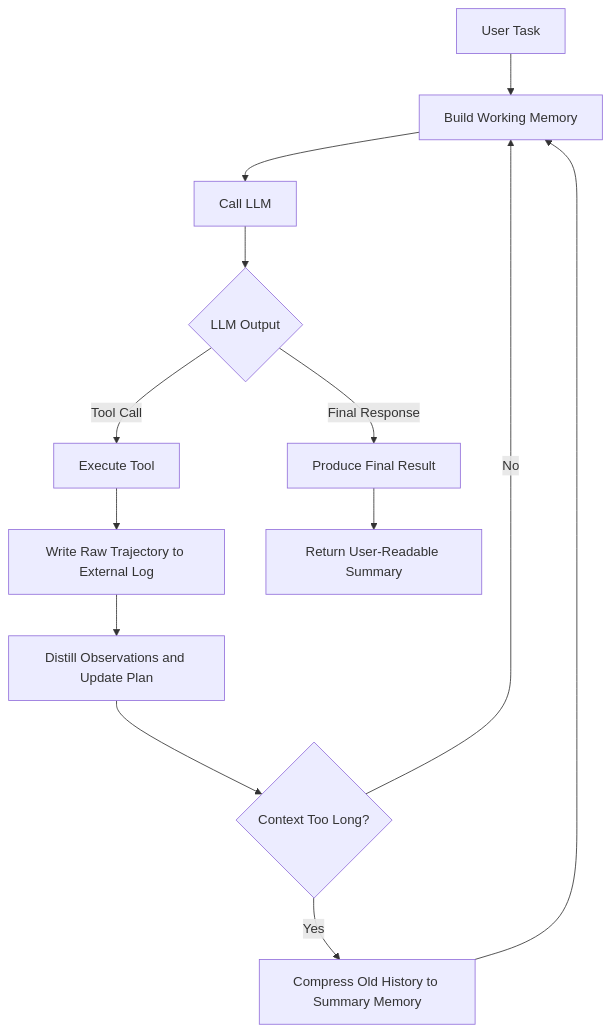
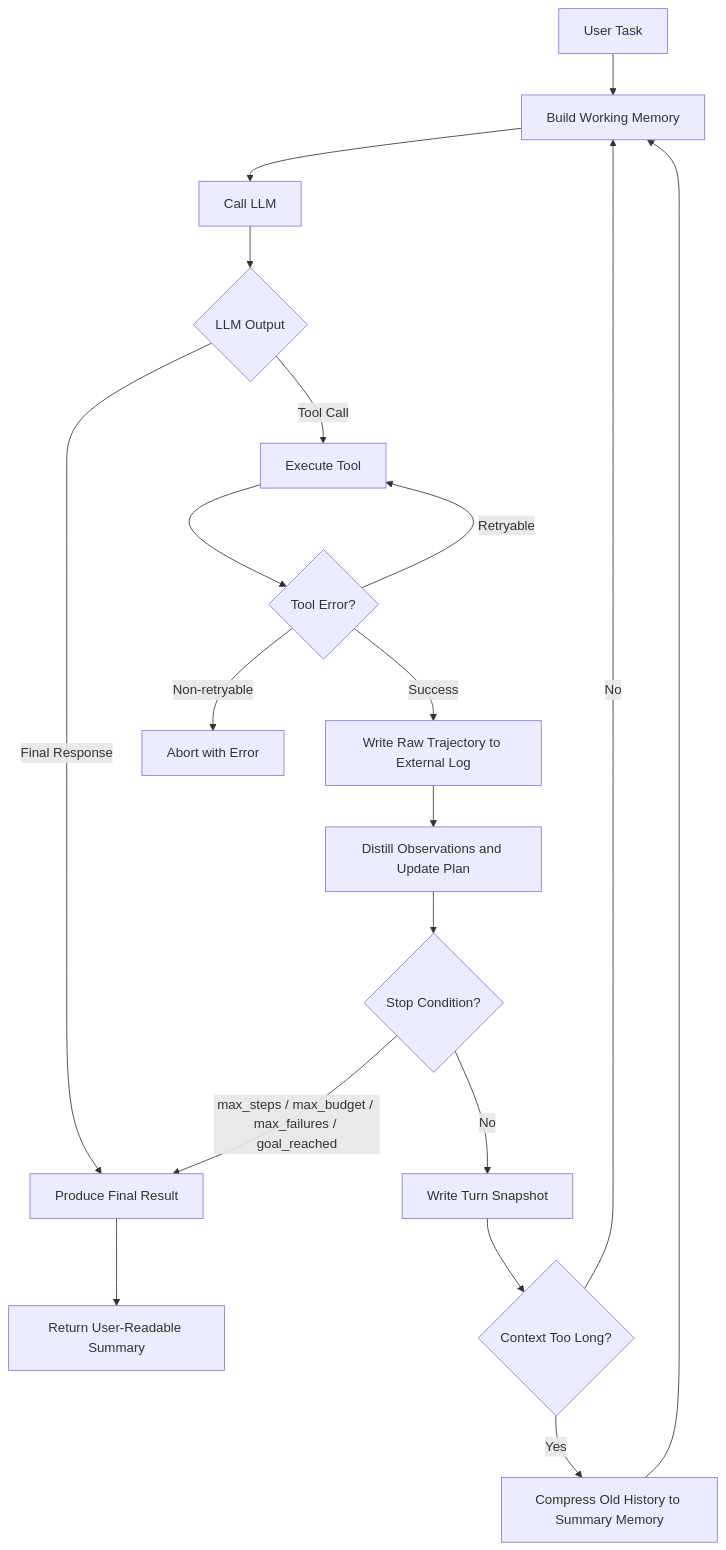
One commit to Jettlin927/harness-for-myself changed the diagram in docs/harness-foundation.md. Above: the diagram before and after it, drawn with Mermaid. The commit also changed other lines of this file and 6 other files, not shown here.

````diff
--- a/docs/harness-foundation.md
+++ b/docs/harness-foundation.md
@@ -21,15 +21,21 @@
 ```mermaid
 flowchart TD
     A[User Task] --> B[Build Working Memory]
     B --> C[Call LLM]
     C --> D{LLM Output}
     D -->|Final Response| E[Produce Final Result]
     D -->|Tool Call| F[Execute Tool]
-    F --> G[Write Raw Trajectory to External Log]
-    G --> H[Distill Observations and Update Plan]
-    H --> I{Context Too Long?}
-    I -->|No| B
-    I -->|Yes| J[Compress Old History to Summary Memory]
-    J --> B
-    E --> K[Return User-Readable Summary]
+    F --> G{Tool Error?}
+    G -->|Retryable| F
+    G -->|Non-retryable| ABORT[Abort with Error]
+    G -->|Success| H[Write Raw Trajectory to External Log]
+    H --> I[Distill Observations and Update Plan]
+    I --> J{Stop Condition?}
+    J -->|max_steps / max_budget / max_failures / goal_reached| E
+    J -->|No| K[Write Turn Snapshot]
+    K --> L{Context Too Long?}
+    L -->|No| B
+    L -->|Yes| M[Compress Old History to Summary Memory]
+    M --> B
+    E --> N[Return User-Readable Summary]
 ```
````
